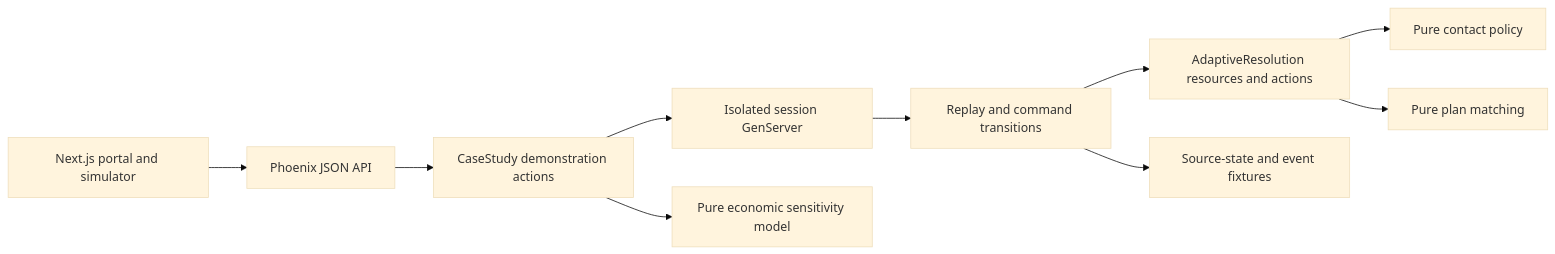
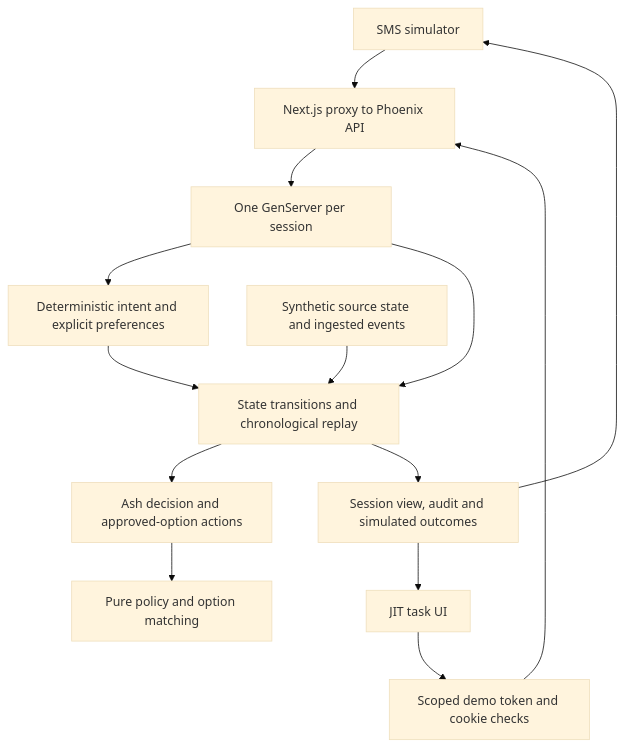
The diagram in docs/architecture.md (james-entwisle/debt-recovery-agent), drawn with Mermaid (base theme) before and after one commit. The commit also changed other lines of this file and 51 other files, not shown here.

Commit message:
Build conversational SMS and JIT resolution demo

````diff
--- a/docs/architecture.md
+++ b/docs/architecture.md
@@ -5,12 +5,16 @@
 ```mermaid
-flowchart LR
-  UI[Next.js portal and simulator] --> HTTP[Phoenix JSON API]
-  HTTP --> Demo[CaseStudy demonstration actions]
-  Demo --> Session[Isolated session GenServer]
-  Session --> Replay[Replay and command transitions]
-  Replay --> Ash[AdaptiveResolution resources and actions]
-  Ash --> Policy[Pure contact policy]
-  Ash --> Portal[Pure plan matching]
-  Replay --> Fixtures[Source-state and event fixtures]
-  Demo --> Economics[Pure economic sensitivity model]
+flowchart TD
+  SMS[SMS simulator] --> API[Next.js proxy to Phoenix API]
+  JIT[JIT task UI] --> Auth[Scoped demo token and cookie checks]
+  Auth --> API
+  API --> Session[One GenServer per session]
+  Session --> Conversation[Deterministic intent and explicit preferences]
+  Session --> Replay[State transitions and chronological replay]
+  Conversation --> Replay
+  Replay --> Ash[Ash decision and approved-option actions]
+  Ash --> Rules[Pure policy and option matching]
+  Source[Synthetic source state and ingested events] --> Replay
+  Replay --> Outcome[Session view, audit and simulated outcomes]
+  Outcome --> SMS
+  Outcome --> JIT
 ```
````
